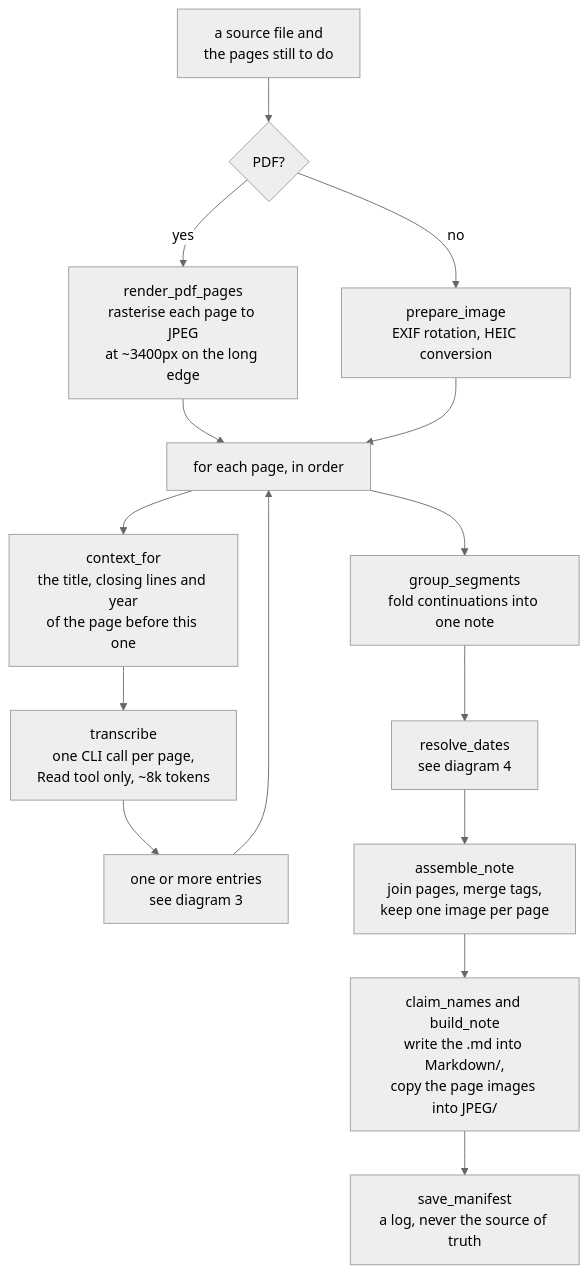
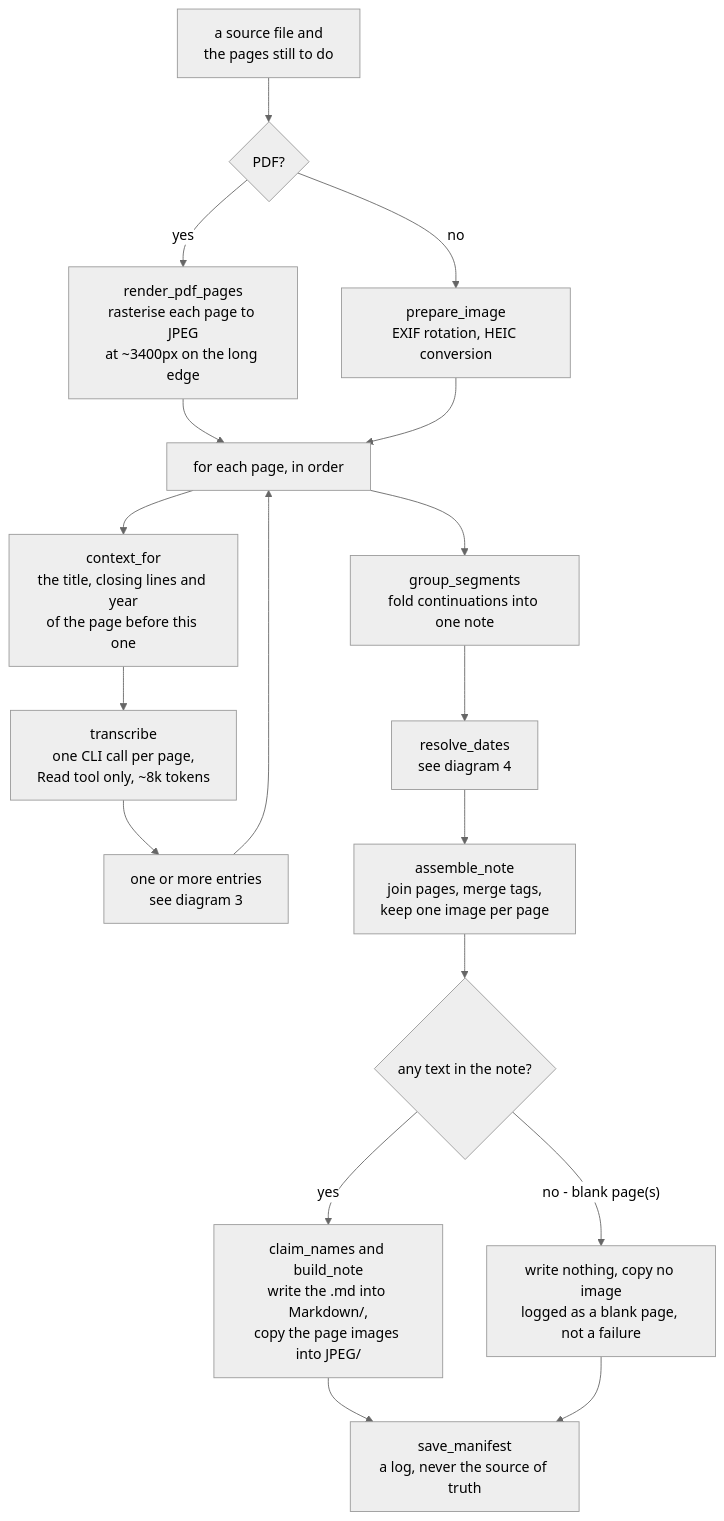
The second of 4 diagrams in WORKFLOW.md (leif-niehe/scan-notes), drawn with Mermaid (neutral theme) before and after one commit. The commit also changed 2 other files, not shown here.

Commit message:
Skip writing a note and image for a blank page
A page with nothing handwritten on it now produces empty content
instead of invented text, and empty content writes no .md and copies
no .jpg. It's logged as a blank page in the run summary, not a
failure, and still counts as done so it isn't retried.

````diff
--- a/WORKFLOW.md
+++ b/WORKFLOW.md
@@ -36,17 +36,20 @@
 ```mermaid
 flowchart TD
     A["a source file and<br/>the pages still to do"] --> B{"PDF?"}
     B -->|"yes"| C["render_pdf_pages<br/>rasterise each page to JPEG<br/>at ~3400px on the long edge"]
     B -->|"no"| D["prepare_image<br/>EXIF rotation, HEIC conversion"]
     C --> E["for each page, in order"]
     D --> E
     E --> F["context_for<br/>the title, closing lines and year<br/>of the page before this one"]
     F --> G["transcribe<br/>one CLI call per page,<br/>Read tool only, ~8k tokens"]
     G --> H["one or more entries<br/>see diagram 3"]
     H --> E
     E --> I["group_segments<br/>fold continuations into one note"]
     I --> J["resolve_dates<br/>see diagram 4"]
     J --> K["assemble_note<br/>join pages, merge tags,<br/>keep one image per page"]
-    K --> L["claim_names and build_note<br/>write the .md into Markdown/,<br/>copy the page images into JPEG/"]
+    K --> K2{"any text in the note?"}
+    K2 -->|"yes"| L["claim_names and build_note<br/>write the .md into Markdown/,<br/>copy the page images into JPEG/"]
+    K2 -->|"no - blank page(s)"| K3["write nothing, copy no image<br/>logged as a blank page, not a failure"]
     L --> M["save_manifest<br/>a log, never the source of truth"]
+    K3 --> M
 ```
````
